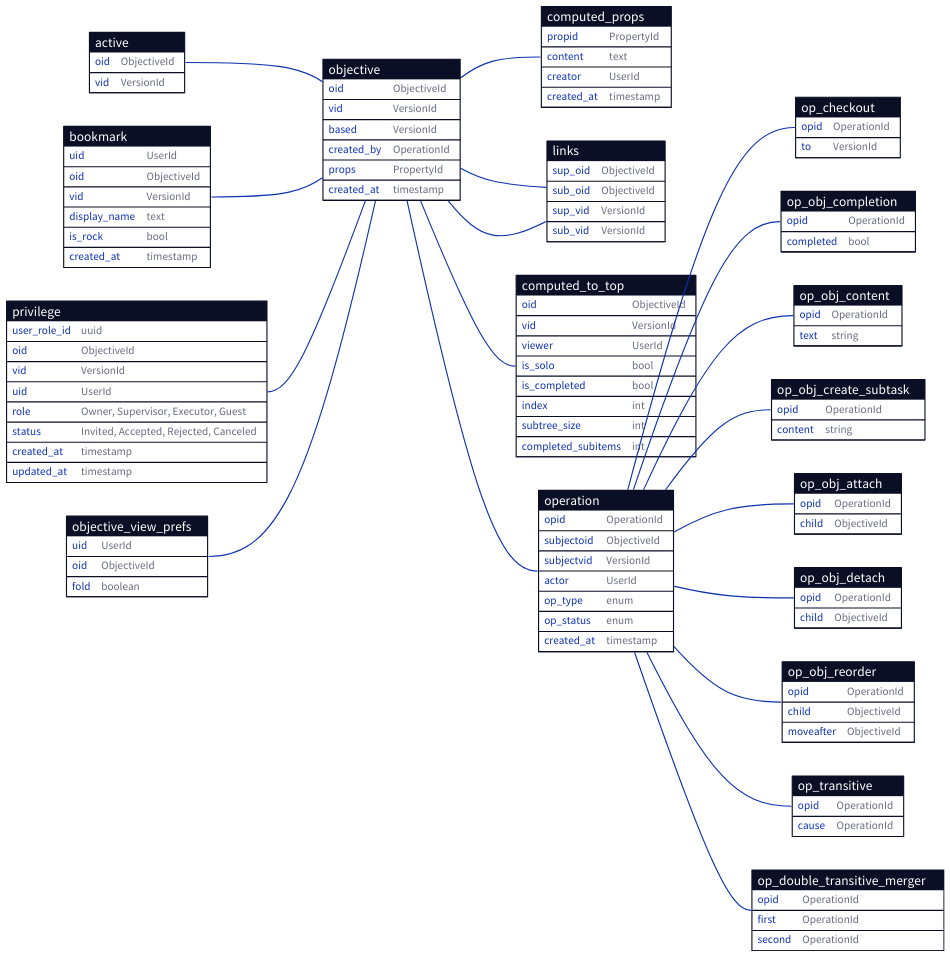
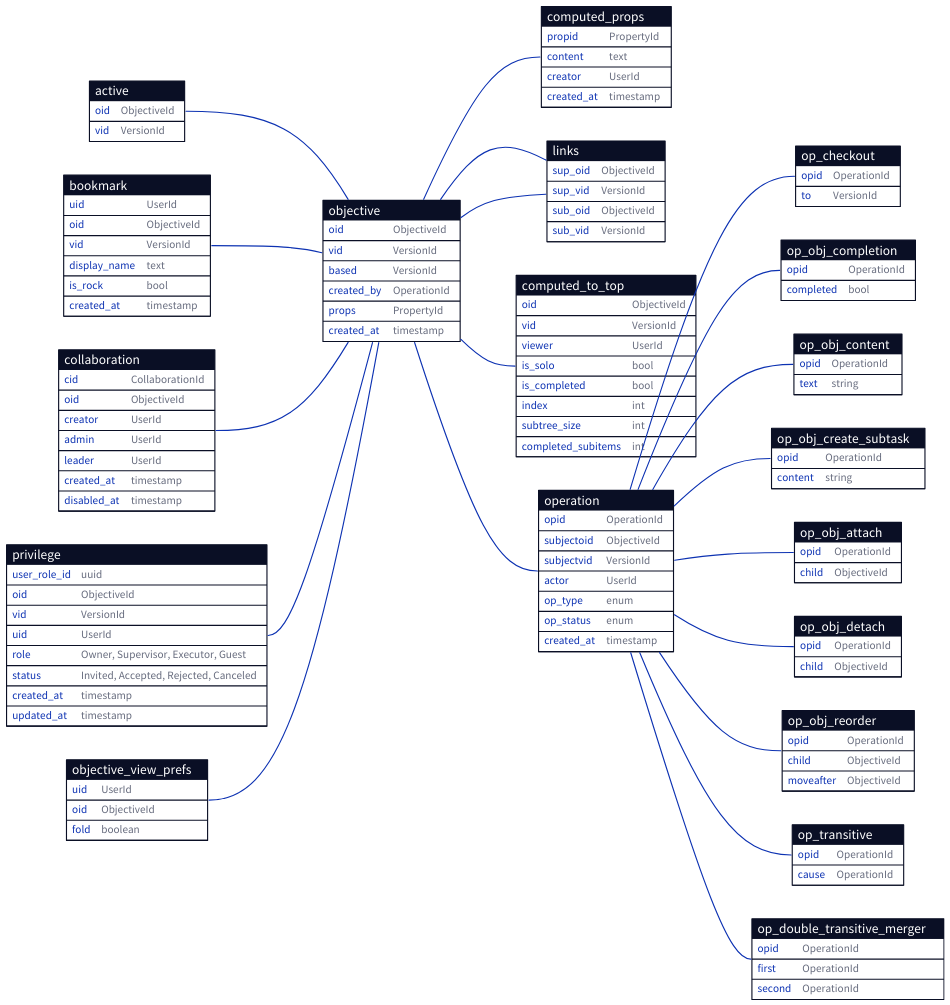
Before and after one commit to ufukty/logbook: the diagram in docs/database/simplified.d2, drawn with D2. The commit also changed 1 other file, not shown here.

Commit message:
app/docs/database/simplified: adds `collaboration` table

```diff
--- a/docs/database/simplified.d2
+++ b/docs/database/simplified.d2
@@ -14,6 +14,20 @@
   display_name: text
   is_rock: bool # rocks are hidden in the UI
   created_at: timestamp
+}
+
+collaboration: {
+  shape: sql_table
+
+  cid: CollaborationId
+  oid: ObjectiveId
+  
+  creator: UserId
+  admin: UserId
+  leader: UserId
+
+  created_at: timestamp
+  disabled_at: timestamp
 }
 
 privilege: {
@@ -65,8 +79,8 @@
   shape: sql_table
 
   sup_oid: ObjectiveId
+  sup_vid: VersionId
   sub_oid: ObjectiveId
-  sup_vid: VersionId
   sub_vid: VersionId
 }
 
@@ -176,6 +190,8 @@
 bookmark.oid -- objective.oid
 # bookmark.vid -- objective.vid
 
+collaboration.oid -- objective.oid
+
 # Any task with custom privilege hand.can have owner/viewers/executors
 privilege.oid -- objective.oid
 # privilege.vid -- objective.vid
```
